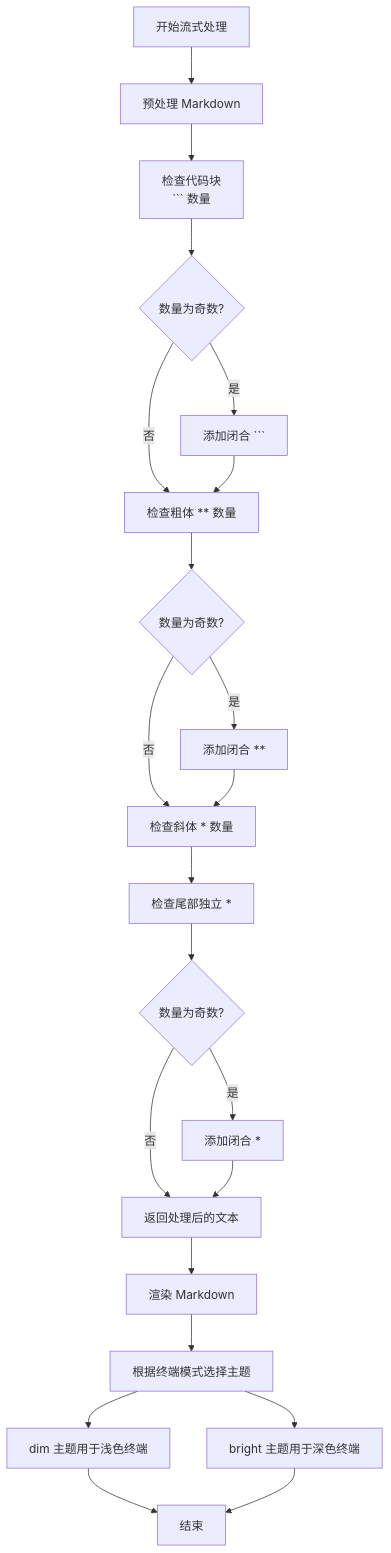
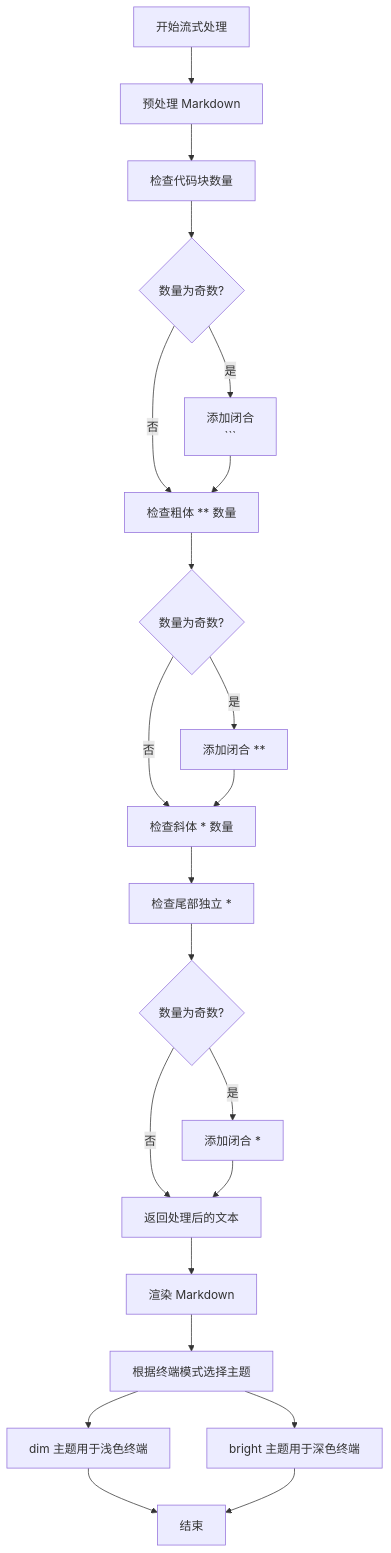
Before and after one commit to HAOFUYANG/onion-code: diagram 14 of 18 in .qoder/repowiki/zh/content/核心架构/React 终端 UI 组件.md, drawn with Mermaid. The commit also changed other lines of this file and 80 other files, not shown here.

````diff
--- a/.qoder/repowiki/zh/content/核心架构/React 终端 UI 组件.md
+++ b/.qoder/repowiki/zh/content/核心架构/React 终端 UI 组件.md
@@ -636,25 +663,25 @@
 ```mermaid
 flowchart TD
 Start[开始流式处理] --> Preprocess[预处理 Markdown]
-Preprocess --> FenceCheck[检查代码块
-``` 数量]
+Preprocess --> FenceCheck[检查代码块数量]
 FenceCheck --> OddFence{数量为奇数?}
-OddFence --> |是| AddFence[添加闭合 ```]
+OddFence --> |是| AddFence[添加闭合
+```]
 OddFence --> |否| BoldCheck[检查粗体 ** 数量]
 AddFence --> BoldCheck
 BoldCheck --> OddBold{数量为奇数?}
 OddBold --> |是| AddBold[添加闭合 **]
 OddBold --> |否| ItalicCheck[检查斜体 * 数量]
 AddBold --> ItalicCheck
 ItalicCheck --> TrailingItalic[检查尾部独立 *]
 TrailingItalic --> OddItalic{数量为奇数?}
 OddItalic --> |是| AddItalic[添加闭合 *]
 OddItalic --> |否| ReturnText[返回处理后的文本]
 AddItalic --> ReturnText
 ReturnText --> Render[渲染 Markdown]
 Render --> ThemeSelect[根据终端模式选择主题]
 ThemeSelect --> DimTheme[dim 主题用于浅色终端]
 ThemeSelect --> BrightTheme[bright 主题用于深色终端]
 DimTheme --> End[结束]
 BrightTheme --> End
 ```
````
